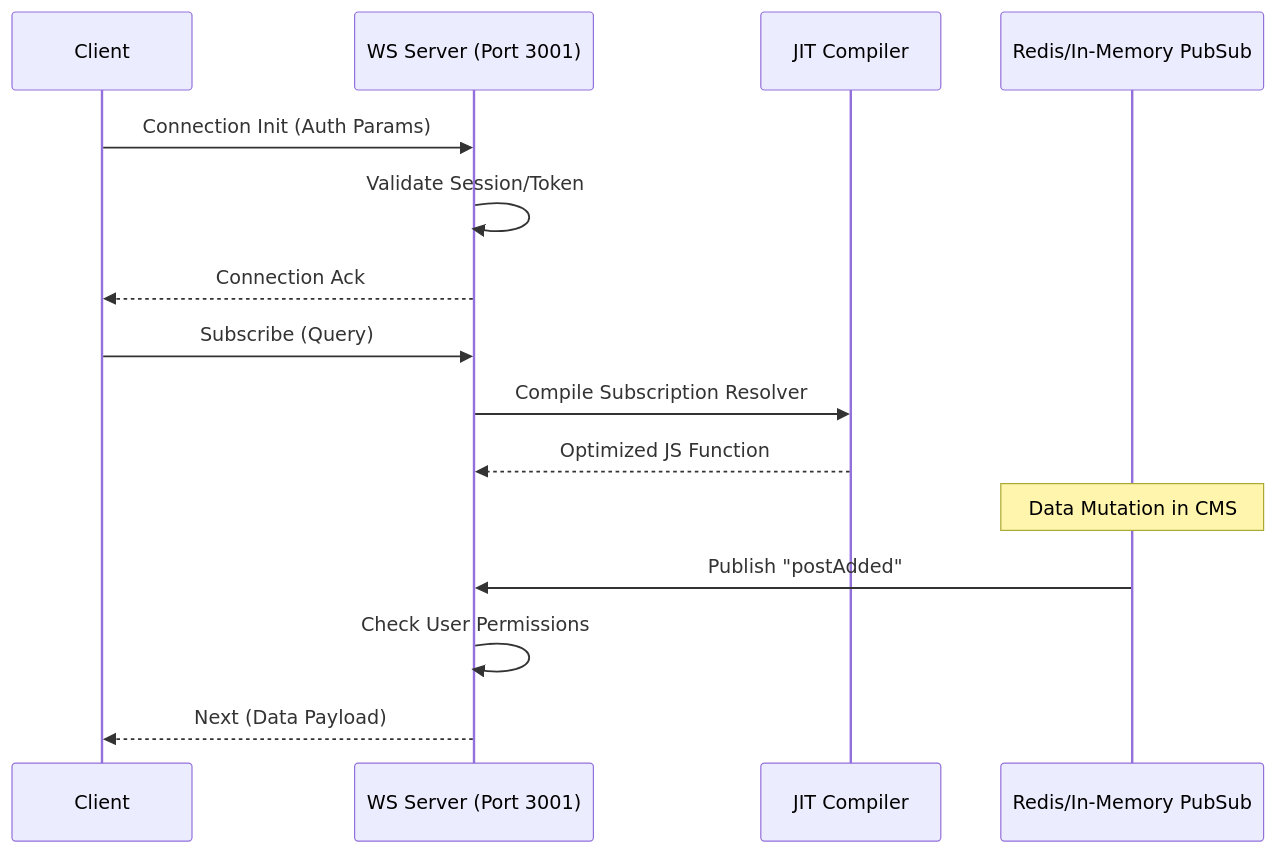
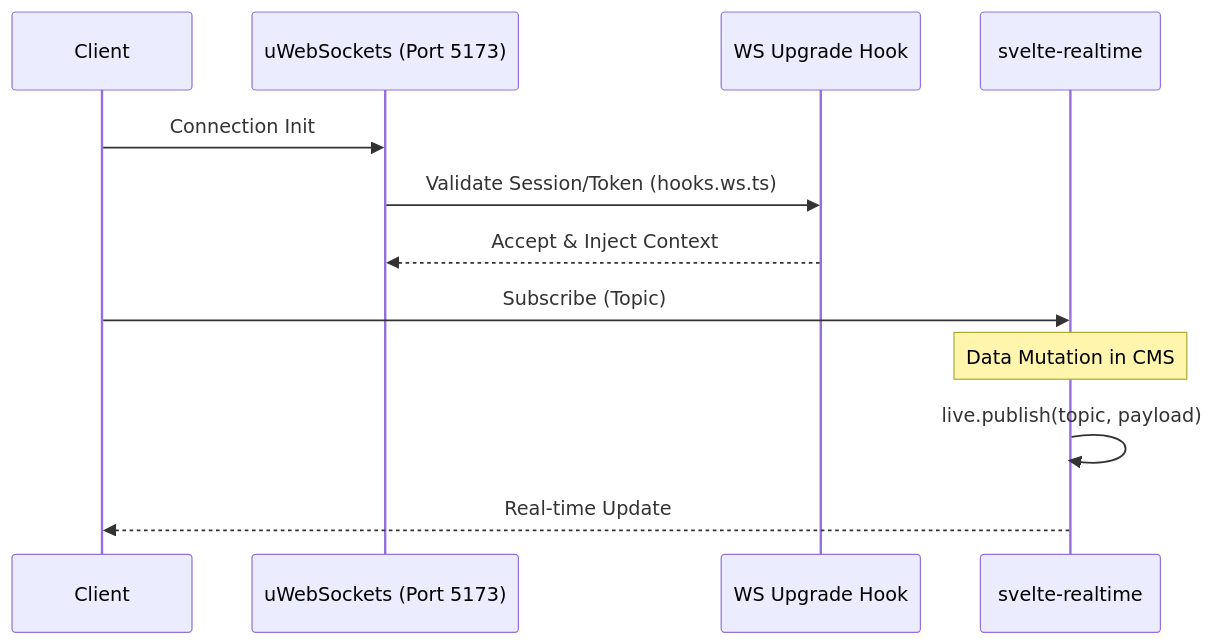
The diagram in docs/api/graphql-subscriptions.mdx (SveltyCMS/SveltyCMS), drawn with Mermaid before and after one commit. The commit also changed other lines of this file and 72 other files, not shown here.

````diff
--- a/docs/api/graphql-subscriptions.mdx
+++ b/docs/api/graphql-subscriptions.mdx
@@ -90,20 +100,17 @@
 ```mermaid
 sequenceDiagram
     participant Client
-    participant WS as WS Server (Port 3001)
-    participant JIT as JIT Compiler
-    participant PubSub as Redis/In-Memory PubSub
+    participant UWS as uWebSockets (Port 5173)
+    participant Auth as WS Upgrade Hook
+    participant Live as svelte-realtime
 
-    Client->>WS: Connection Init (Auth Params)
-    WS->>WS: Validate Session/Token
-    WS-->>Client: Connection Ack
+    Client->>UWS: Connection Init
+    UWS->>Auth: Validate Session/Token (hooks.ws.ts)
+    Auth-->>UWS: Accept & Inject Context
 
-    Client->>WS: Subscribe (Query)
-    WS->>JIT: Compile Subscription Resolver
-    JIT-->>WS: Optimized JS Function
-
-    Note over PubSub: Data Mutation in CMS
-    PubSub->>WS: Publish "postAdded"
-    WS->>WS: Check User Permissions
-    WS-->>Client: Next (Data Payload)
+    Client->>Live: Subscribe (Topic)
+    
+    Note over Live: Data Mutation in CMS
+    Live->>Live: live.publish(topic, payload)
+    Live-->>Client: Real-time Update
 ```
````
